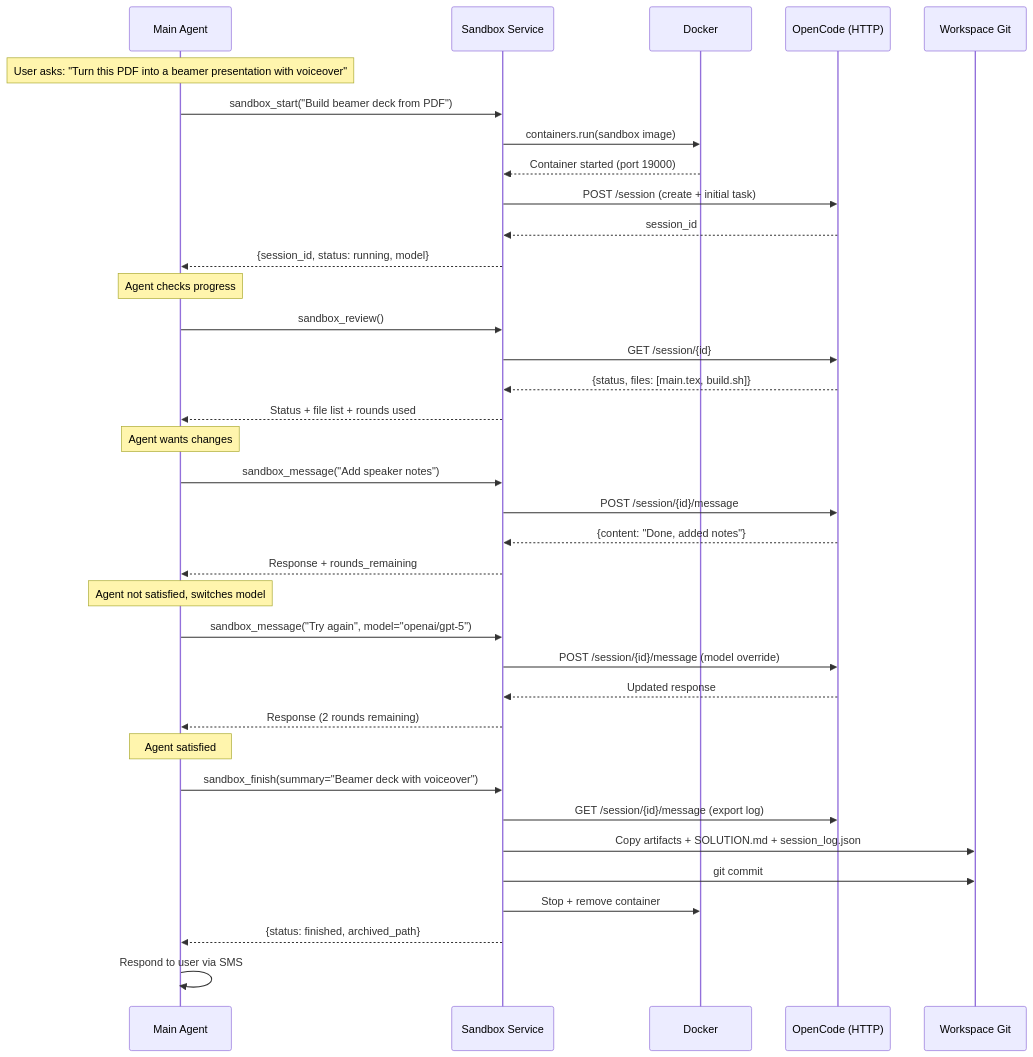
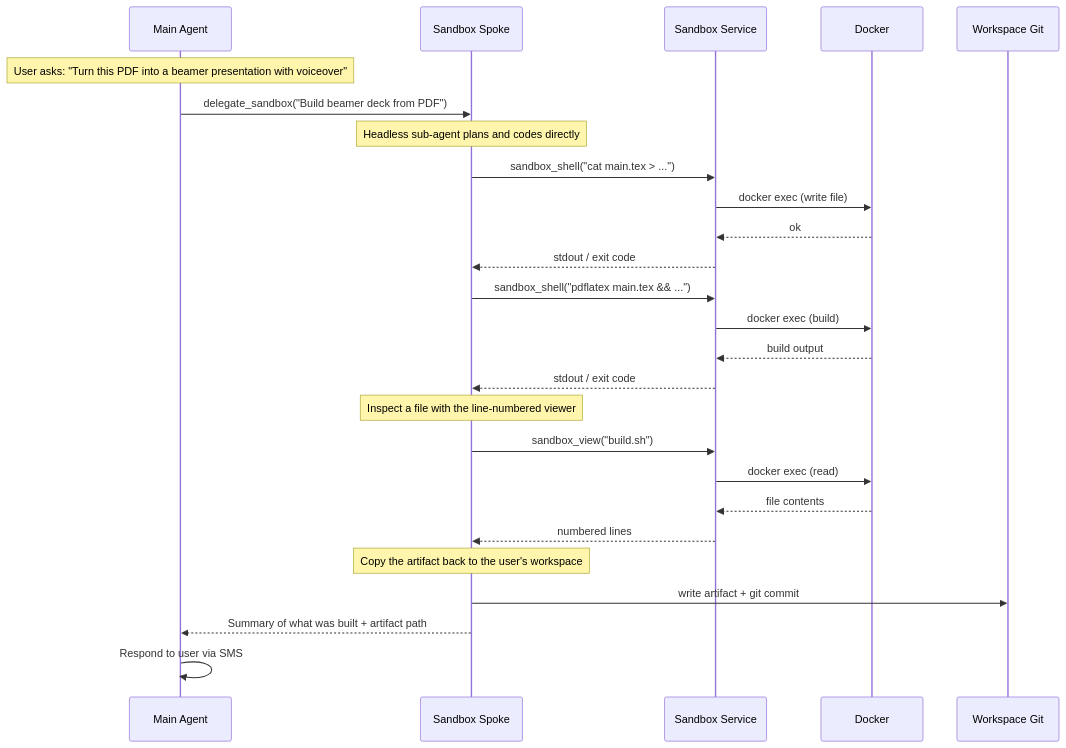
Before and after one commit to praxagent/prax: the fourth of 5 diagrams in docs/architecture/request-flows.md, drawn with Mermaid. The commit also changed other lines of this file and 17 other files, not shown here.

First line of the commit message:
docs: sweep stale OpenCode/coding-session references after the native-coding change (#140)

````diff
--- a/docs/architecture/request-flows.md
+++ b/docs/architecture/request-flows.md
@@ -162,43 +173,32 @@
 ```mermaid
 sequenceDiagram
     participant A as Main Agent
+    participant SB as Sandbox Spoke
     participant SS as Sandbox Service
     participant D as Docker
-    participant OC as OpenCode (HTTP)
     participant W as Workspace Git
 
     Note over A: User asks: "Turn this PDF into a beamer presentation with voiceover"
-    A->>SS: sandbox_start("Build beamer deck from PDF")
-    SS->>D: containers.run(sandbox image)
-    D-->>SS: Container started (port 19000)
-    SS->>OC: POST /session (create + initial task)
-    OC-->>SS: session_id
-    SS-->>A: {session_id, status: running, model}
+    A->>SB: delegate_sandbox("Build beamer deck from PDF")
+    Note over SB: Headless sub-agent plans and codes directly
+    SB->>SS: sandbox_shell("cat main.tex > ...")
+    SS->>D: docker exec (write file)
+    D-->>SS: ok
+    SS-->>SB: stdout / exit code
 
-    Note over A: Agent checks progress
-    A->>SS: sandbox_review()
-    SS->>OC: GET /session/{id}
-    OC-->>SS: {status, files: [main.tex, build.sh]}
-    SS-->>A: Status + file list + rounds used
+    SB->>SS: sandbox_shell("pdflatex main.tex && ...")
+    SS->>D: docker exec (build)
+    D-->>SS: build output
+    SS-->>SB: stdout / exit code
 
-    Note over A: Agent wants changes
-    A->>SS: sandbox_message("Add speaker notes")
-    SS->>OC: POST /session/{id}/message
-    OC-->>SS: {content: "Done, added notes"}
-    SS-->>A: Response + rounds_remaining
+    Note over SB: Inspect a file with the line-numbered viewer
+    SB->>SS: sandbox_view("build.sh")
+    SS->>D: docker exec (read)
+    D-->>SS: file contents
+    SS-->>SB: numbered lines
 
-    Note over A: Agent not satisfied, switches model
-    A->>SS: sandbox_message("Try again", model="openai/gpt-5")
-    SS->>OC: POST /session/{id}/message (model override)
-    OC-->>SS: Updated response
-    SS-->>A: Response (2 rounds remaining)
-
-    Note over A: Agent satisfied
-    A->>SS: sandbox_finish(summary="Beamer deck with voiceover")
-    SS->>OC: GET /session/{id}/message (export log)
-    SS->>W: Copy artifacts + SOLUTION.md + session_log.json
-    SS->>W: git commit
-    SS->>D: Stop + remove container
-    SS-->>A: {status: finished, archived_path}
+    Note over SB: Copy the artifact back to the user's workspace
+    SB->>W: write artifact + git commit
+    SB-->>A: Summary of what was built + artifact path
     A->>A: Respond to user via SMS
 ```
````
